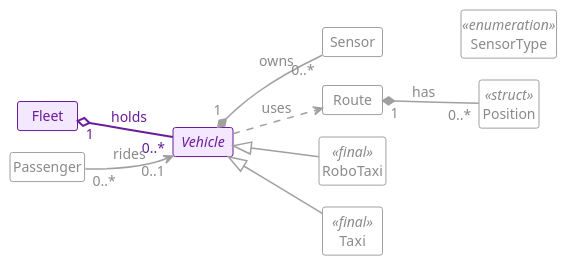
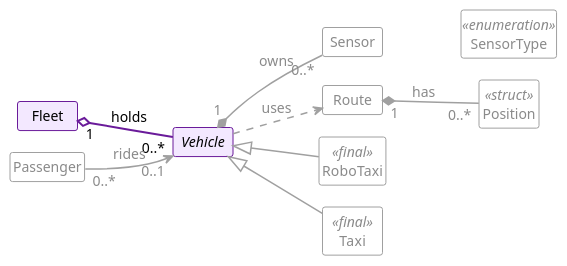
The diagram in project/week9/uml/model_l9_aggregation.plantuml (zeidk/enpm702-fall-2026-cpp), drawn with PlantUML before and after one commit. The commit also changed 39 other files, not shown here.

```diff
--- a/project/week9/uml/model_l9_aggregation.plantuml
+++ b/project/week9/uml/model_l9_aggregation.plantuml
@@ -1,91 +1,91 @@
 @startuml model_l9_aggregation
 ' Generated for the slides.
 !theme mono
 skinparam backgroundColor white
 skinparam defaultFontName "Fira Sans"
 skinparam defaultFontSize 14
 skinparam shadowing false
 skinparam classAttributeIconSize 0
 skinparam nodesep 22
 skinparam ranksep 50
 skinparam ArrowThickness 1.5
 hide circle
 hide members
 skinparam minClassWidth 60
 skinparam classStereotypeFontSize 14
 left to right direction
 
-class Fleet #back:F3E8FF;line:6A1B9A;text:6A1B9A {
+class Fleet #back:F3E8FF;line:6A1B9A;text:000000 {
   - vehicles_ : vector<shared_ptr<Vehicle>>
   + add(shared_ptr<Vehicle>) : void
   + remove(int) : bool
   + size() : size_t
 }
 class Passenger #back:FFFFFF;line:A0A0A0;text:8A8A8A {
   - name_ : string
   - ride_ : weak_ptr<Vehicle>
   + board(shared_ptr<Vehicle>) : void
   + leave() : void
 }
-abstract class Vehicle #back:F3E8FF;line:6A1B9A;text:6A1B9A {
+abstract class Vehicle #back:F3E8FF;line:6A1B9A;text:000000 {
   - id_ : int
   - {static} next_id_ : int
   - max_speed_ : double
   - speed_ : double
   - color_ : string
   - mileage_ : double
   - sensors_ : vector<unique_ptr<Sensor>>
   + Vehicle(double)
   + get_id() : int
   + get_color() : const string&
   + get_max_speed() : double
   + get_speed() : double
   + set_speed(double) : void
   + get_mileage() : double
   + add_mileage(double) : void
   + add_sensor(SensorType, double) : int
   + sensor_count() : size_t
   + get_sensors() : const vector<unique_ptr<Sensor>>&
   + {abstract} drive(const Route&) : void
   # log_event(const string&) : void
 }
 class Sensor #back:FFFFFF;line:A0A0A0;text:8A8A8A {
   - id_ : int
   - type_ : SensorType
   - range_ : double
   + Sensor(int, SensorType, double)
   + get_id() : int
   + get_type() : SensorType
   + get_range() : double
 }
 enum SensorType <<enumeration>> #back:FFFFFF;line:A0A0A0;text:8A8A8A {
   lidar
   camera
   radar
 }
 class Route #back:FFFFFF;line:A0A0A0;text:8A8A8A {
   - waypoints_ : vector<Position>
   + add(Position) : void
   + length() : double
 }
 class Position <<struct>> #back:FFFFFF;line:A0A0A0;text:8A8A8A {
   + x : double
   + y : double
 }
 class RoboTaxi <<final>> #back:FFFFFF;line:A0A0A0;text:8A8A8A {
   + drive(const Route&) : void
 }
 class Taxi <<final>> #back:FFFFFF;line:A0A0A0;text:8A8A8A {
   - driver_name_ : string
   + drive(const Route&) : void
 }
 
-Fleet "<color:#6A1B9A>1</color>" o-[#6A1B9A,thickness=2]- "<color:#6A1B9A>0..*</color>" Vehicle : <color:#6A1B9A>holds</color>
+Fleet "<color:#000000>1</color>" o-[#6A1B9A,thickness=2]- "<color:#000000>0..*</color>" Vehicle : <color:#000000>holds</color>
 Passenger "<color:#8A8A8A>0..*</color>" -[#A0A0A0]-> "<color:#8A8A8A>0..1</color>" Vehicle : <color:#8A8A8A>rides</color>
 Vehicle "<color:#8A8A8A>1</color>" *-[#A0A0A0]- "<color:#8A8A8A>0..*</color>" Sensor : <color:#8A8A8A>owns</color>
 Vehicle .[#A0A0A0].> Route : <color:#8A8A8A>uses</color>
 Route "<color:#8A8A8A>1</color>" *-[#A0A0A0]- "<color:#8A8A8A>0..*</color>" Position : <color:#8A8A8A>has</color>
 Sensor -[hidden]-> SensorType
 Vehicle <|-[#A0A0A0]- RoboTaxi
 Vehicle <|-[#A0A0A0]- Taxi
 @enduml
```
